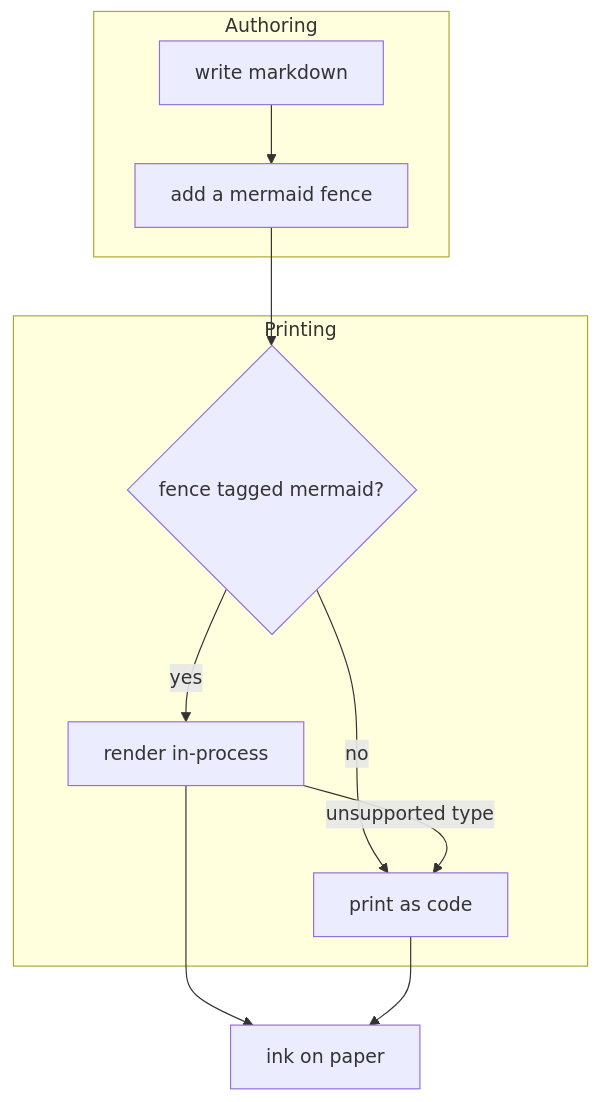
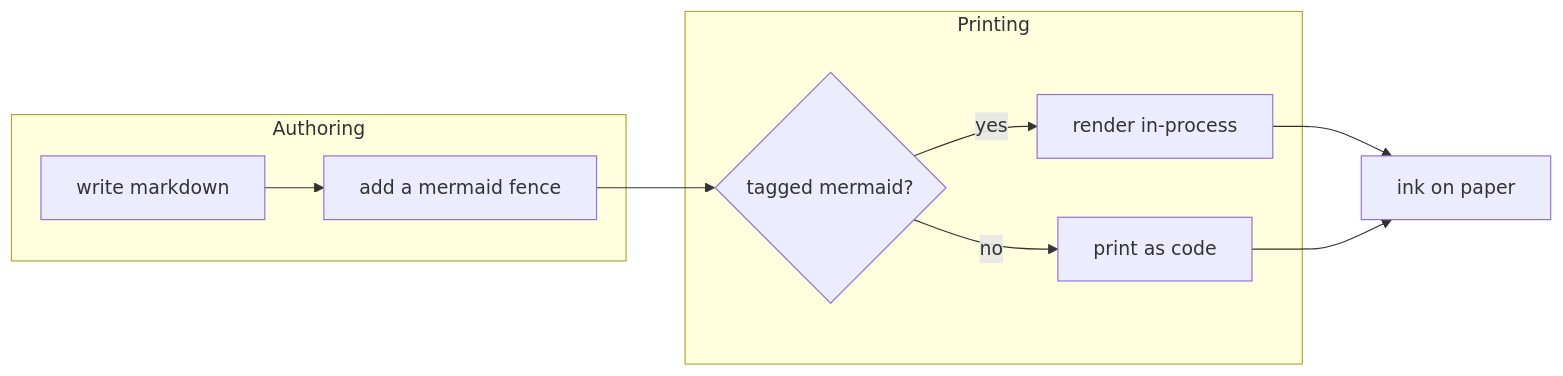
One commit to tig/winprint changed the first of 11 diagrams in testfiles/mermaid.md. Above: the diagram before and after it, drawn with Mermaid. The commit also changed 3 other files, not shown here.

````diff
--- a/testfiles/mermaid.md
+++ b/testfiles/mermaid.md
@@ -14,15 +14,13 @@
 ```mermaid
-flowchart TB
+flowchart LR
     subgraph authoring[Authoring]
         MD[write markdown] --> FENCE[add a mermaid fence]
     end
     subgraph printing[Printing]
-        PARSE{fence tagged mermaid?}
-        PARSE -->|yes| RENDER[render in-process]
+        PARSE{tagged mermaid?} -->|yes| RENDER[render in-process]
         PARSE -->|no| CODE[print as code]
-        RENDER -->|unsupported type| CODE
     end
     FENCE --> PARSE
     RENDER --> PAGE[ink on paper]
     CODE --> PAGE
 ```
````
